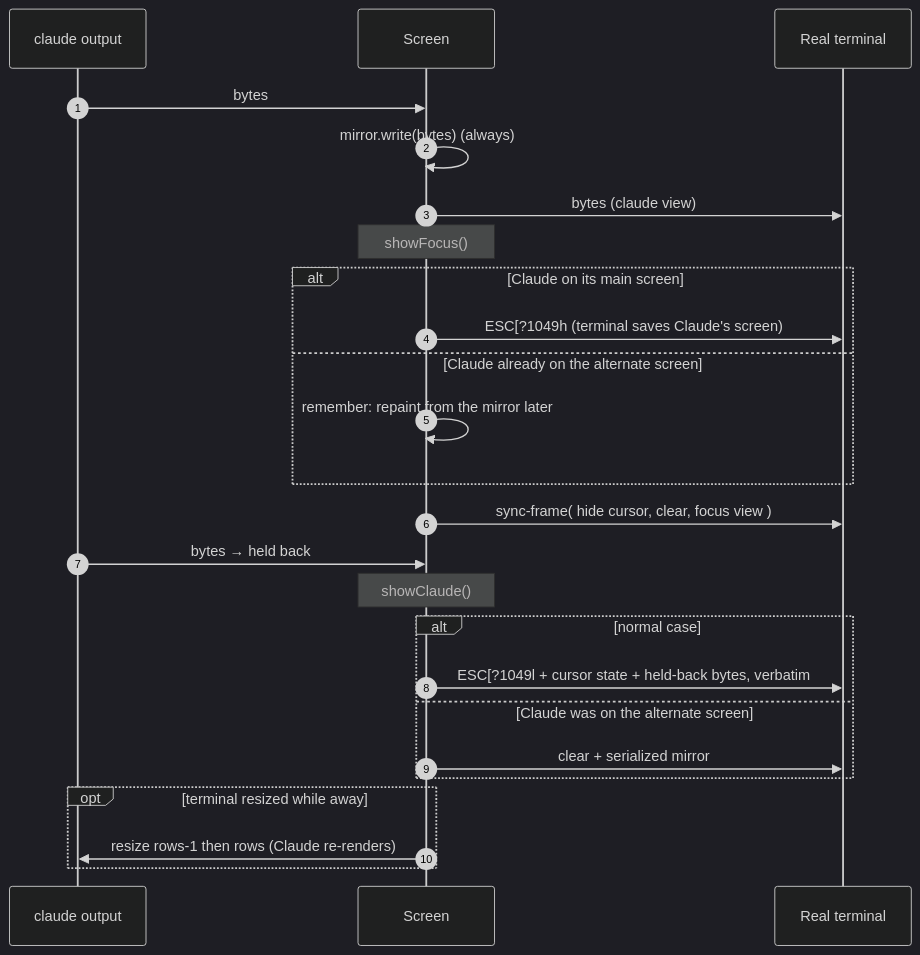
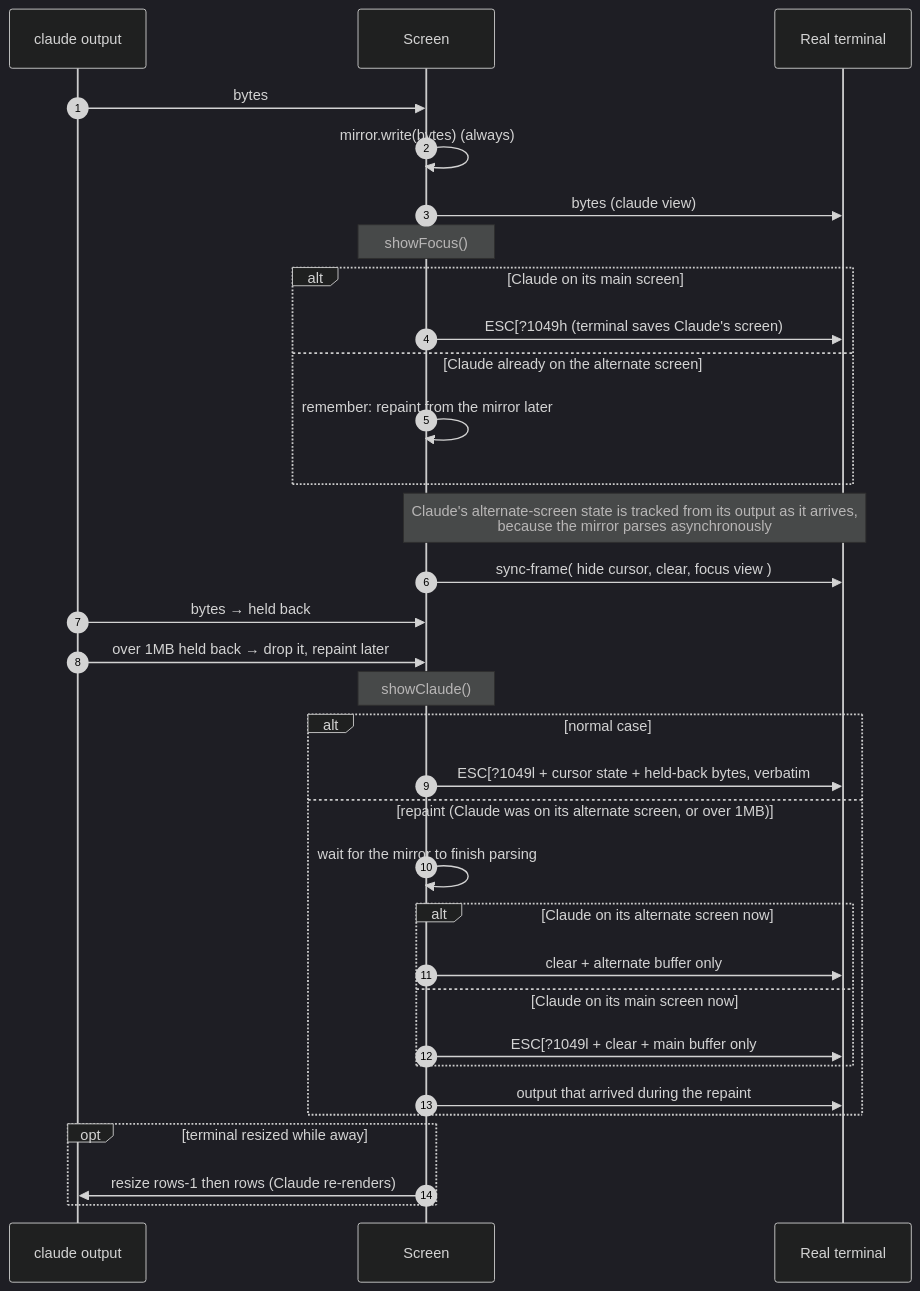
The eighth of 11 diagrams in docs/ARCHITECTURE.md (TEJASVISJAIN/hyperfocus), drawn with Mermaid (dark theme) before and after one commit. The commit also changed other lines of this file and 26 other files, not shown here.

````diff
--- a/docs/ARCHITECTURE.md
+++ b/docs/ARCHITECTURE.md
@@ -283,28 +283,36 @@
 ```mermaid
 sequenceDiagram
     autonumber
     participant C as claude output
     participant Sc as Screen
     participant T as Real terminal
 
     C->>Sc: bytes
     Sc->>Sc: mirror.write(bytes) (always)
     Sc->>T: bytes (claude view)
     Note over Sc: showFocus()
     alt Claude on its main screen
         Sc->>T: ESC[?1049h (terminal saves Claude's screen)
     else Claude already on the alternate screen
         Sc->>Sc: remember: repaint from the mirror later
     end
+    Note over Sc,T: Claude's alternate-screen state is tracked from its output as it arrives,<br/>because the mirror parses asynchronously
     Sc->>T: sync-frame( hide cursor, clear, focus view )
     C->>Sc: bytes → held back
+    C->>Sc: over 1MB held back → drop it, repaint later
     Note over Sc: showClaude()
     alt normal case
         Sc->>T: ESC[?1049l + cursor state + held-back bytes, verbatim
-    else Claude was on the alternate screen
-        Sc->>T: clear + serialized mirror
+    else repaint (Claude was on its alternate screen, or over 1MB)
+        Sc->>Sc: wait for the mirror to finish parsing
+        alt Claude on its alternate screen now
+            Sc->>T: clear + alternate buffer only
+        else Claude on its main screen now
+            Sc->>T: ESC[?1049l + clear + main buffer only
+        end
+        Sc->>T: output that arrived during the repaint
     end
     opt terminal resized while away
         Sc->>C: resize rows-1 then rows (Claude re-renders)
     end
 ```
````
